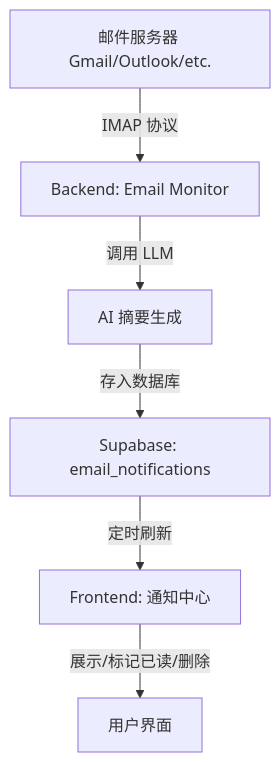
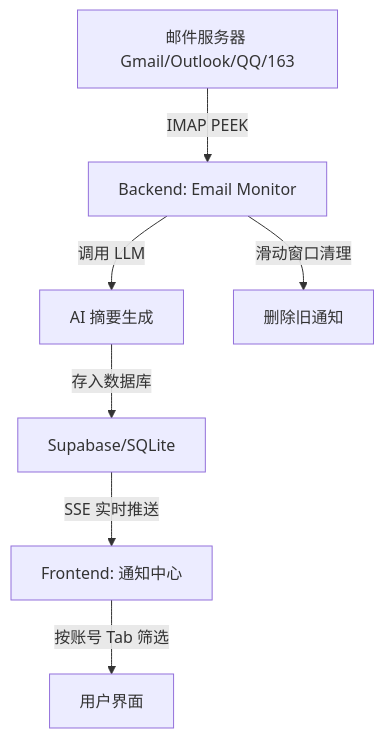
One commit to havingautism/Qurio changed the diagram in docs/2026-02-18-email-notifications-feature.md. Above: the diagram before and after it, drawn with Mermaid. The commit also changed other lines of this file and 13 other files, not shown here.

First line of the commit message:
feat: Enhance email notifications with multi-account support, SSE, and SQLite compatibility

````diff
--- a/docs/2026-02-18-email-notifications-feature.md
+++ b/docs/2026-02-18-email-notifications-feature.md
@@ -11,8 +19,9 @@
 ```mermaid
 graph TD
-    A[邮件服务器 Gmail/Outlook/etc.] -->|IMAP 协议| B[Backend: Email Monitor]
+    A[邮件服务器 Gmail/Outlook/QQ/163] -->|IMAP PEEK| B[Backend: Email Monitor]
     B -->|调用 LLM| C[AI 摘要生成]
-    C -->|存入数据库| D[Supabase: email_notifications]
-    D -->|定时刷新| E[Frontend: 通知中心]
-    E -->|展示/标记已读/删除| F[用户界面]
+    C -->|存入数据库| D[Supabase/SQLite]
+    D -->|SSE 实时推送| E[Frontend: 通知中心]
+    E -->|按账号 Tab 筛选| F[用户界面]
+    B -->|滑动窗口清理| G[删除旧通知]
 ```
````
